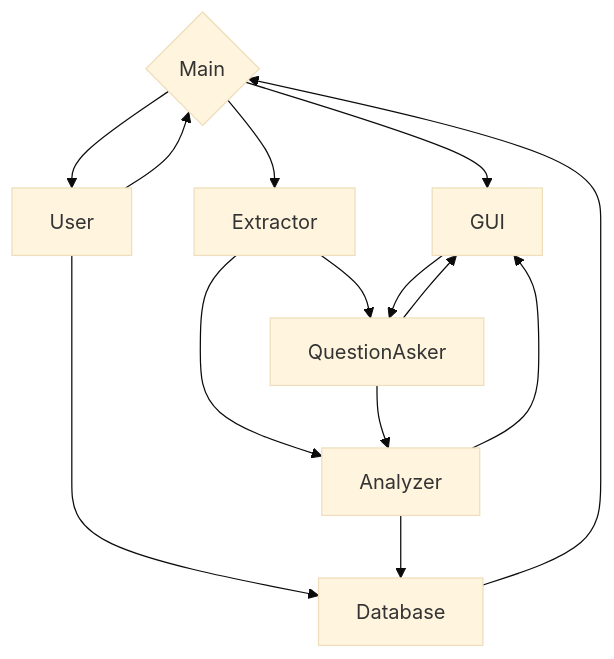
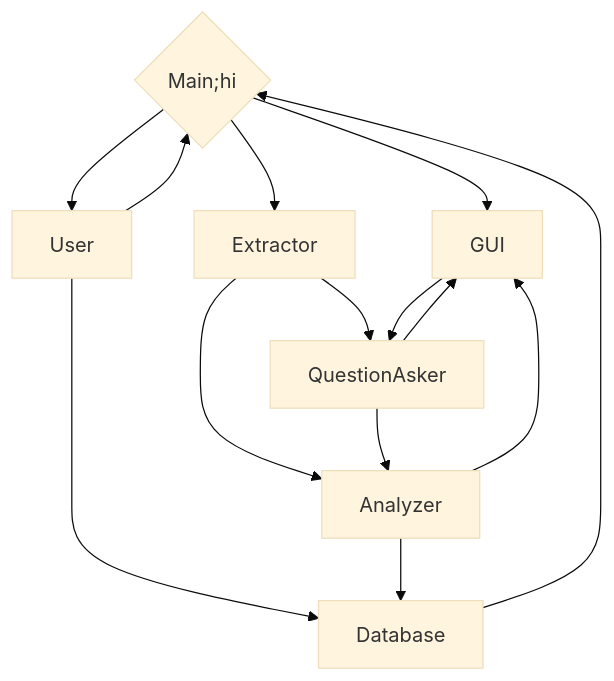
Before and after one commit to dguis/SciBowl: the third of 3 diagrams in readme.md, drawn with Mermaid (base theme). The commit also changed other lines of this file, not shown here.

````diff
--- a/readme.md
+++ b/readme.md
@@ -104,25 +104,25 @@
 ```mermaid
 graph TD
-Main{Main}
+Main{Main;hi}
 User
 GUI
 Extractor
 QuestionAsker
 Analyzer
 Database
 
 Main --> GUI
 Main --> Extractor
 Main --> User
 User --> Main
 User --> Database
 Extractor --> QuestionAsker
 Extractor --> Analyzer
 QuestionAsker --> GUI
 QuestionAsker --> Analyzer
 Analyzer --> Database
 Analyzer --> GUI
 Database --> Main
 GUI --> QuestionAsker
 
 ```
````
